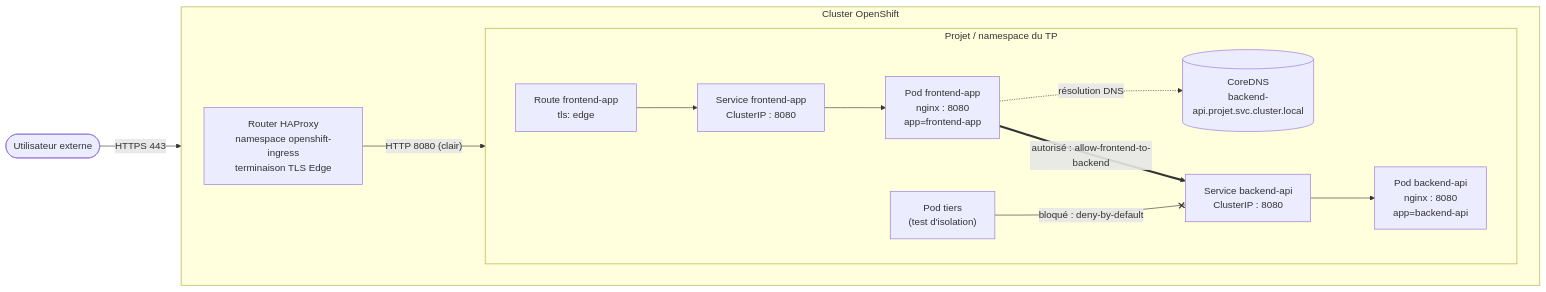
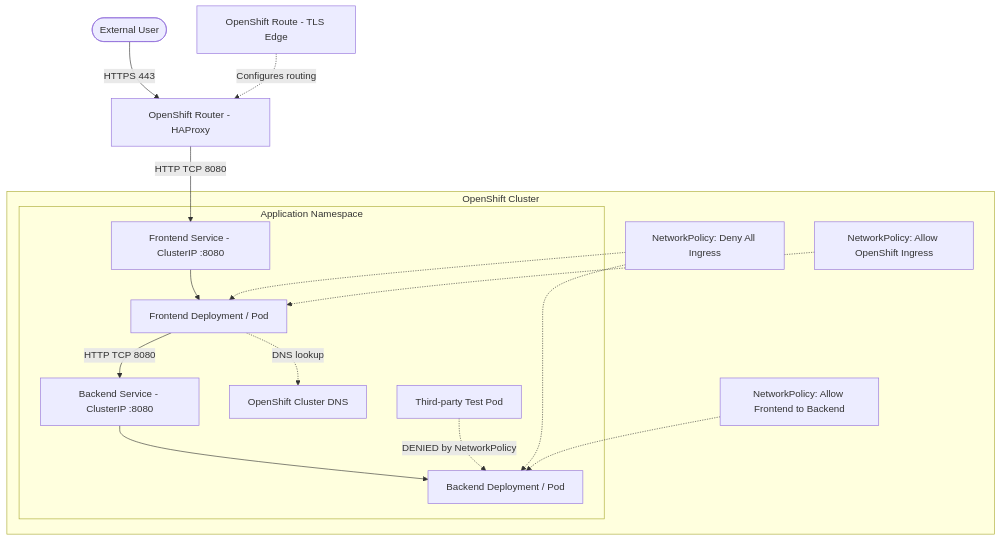
One commit to amenallah-u/Redhat-openshift-labs changed the diagram in README.md. Above: the diagram before and after it, drawn with Mermaid. The commit also changed other lines of this file, not shown here.

Commit message:
Revise architecture diagram and update README content
Updated architecture diagram and added academic context.

````diff
--- a/README.md
+++ b/README.md
@@ -22,26 +22,38 @@
 ```mermaid
-flowchart LR
-    U([Utilisateur externe]) -- "HTTPS 443" --> R
 
-    subgraph OCP["Cluster OpenShift"]
-        direction LR
-        R["Router HAProxy<br/>namespace openshift-ingress<br/>terminaison TLS Edge"]
+flowchart TB
+    USER([External User])
+    ROUTER[OpenShift Router - HAProxy]
+    ROUTE[OpenShift Route - TLS Edge]
+    
+    subgraph CLUSTER["OpenShift Cluster"]
+      subgraph NS["Application Namespace"]
+        FS["Frontend Service - ClusterIP :8080"]
+        FP["Frontend Deployment / Pod"]
+        BS["Backend Service - ClusterIP :8080"]
+        BP["Backend Deployment / Pod"]
+        DNS["OpenShift Cluster DNS"]
+        TEST["Third-party Test Pod"]
+        
+        FP -->|"HTTP TCP 8080"| BS
+        BS --> BP
+        FP -.->|"DNS lookup"| DNS
+        TEST -.->|"DENIED by NetworkPolicy"| BP
+      end
+      
+      NP1["NetworkPolicy: Deny All Ingress"]
+      NP2["NetworkPolicy: Allow Frontend to Backend"]
+      NP3["NetworkPolicy: Allow OpenShift Ingress"]
+    end
+    
+    USER -->|"HTTPS 443"| ROUTER
+    ROUTE -.->|"Configures routing"| ROUTER
+    ROUTER -->|"HTTP TCP 8080"| FS
+    FS --> FP
+    
+    NP1 -.-> FP
+    NP1 -.-> BP
+    NP2 -.-> BP
+    NP3 -.-> FP
 
-        subgraph NS["Projet / namespace du TP"]
-            direction LR
-            RT["Route frontend-app<br/>tls: edge"]
-            FS["Service frontend-app<br/>ClusterIP : 8080"]
-            FP["Pod frontend-app<br/>nginx : 8080<br/>app=frontend-app"]
-            BS["Service backend-api<br/>ClusterIP : 8080"]
-            BP["Pod backend-api<br/>nginx : 8080<br/>app=backend-api"]
-            T["Pod tiers<br/>(test d'isolation)"]
-            DNS[("CoreDNS<br/>backend-api.projet.svc.cluster.local")]
-        end
-
-        R -- "HTTP 8080 (clair)" --> RT
-        RT --> FS --> FP
-        FP -. "résolution DNS" .-> DNS
-        FP == "autorisé : allow-frontend-to-backend" ==> BS --> BP
-        T -- "bloqué : deny-by-default" --x BS
-    end
 ```
````
